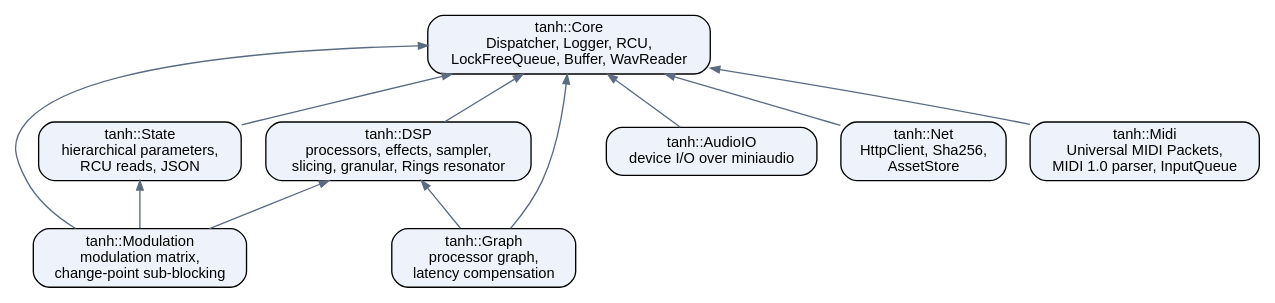
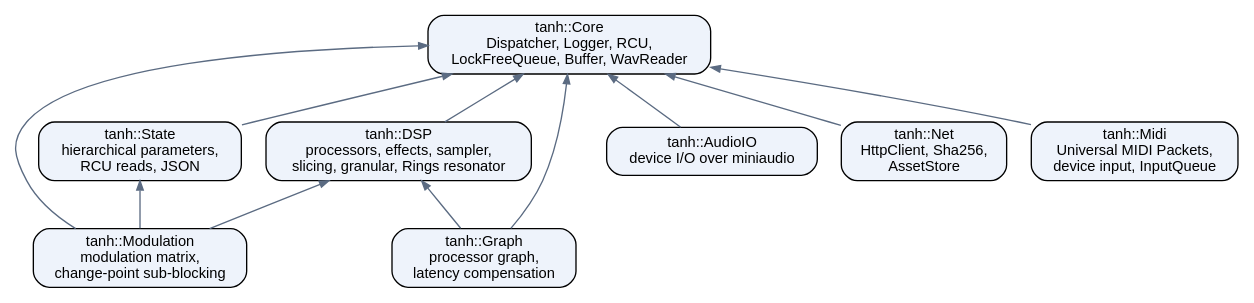
Before and after one commit to tanh-lab/tanh-lib: the diagram in docs/sphinx/components.rst, drawn with Graphviz. The commit also changed other lines of this file and 16 other files, not shown here.

Commit message:
Add DeviceManager with a CoreMIDI backend for macOS and iOS that lists and opens MIDI inputs, follows hot-plug through a run-loop thread of its own and delivers into the input queue

```diff
--- a/docs/sphinx/components.rst
+++ b/docs/sphinx/components.rst
@@ -13,28 +13,28 @@
 .. graphviz::
    :align: center
 
    digraph components {
        rankdir = BT;
        node [shape=box, style="rounded,filled", fillcolor="#eef3fb", fontname="Helvetica", fontsize=11];
        edge [color="#5b6b82", arrowsize=0.7];
 
        core       [label="tanh::Core\nDispatcher, Logger, RCU,\nLockFreeQueue, Buffer, WavReader"];
        state      [label="tanh::State\nhierarchical parameters,\nRCU reads, JSON"];
        dsp        [label="tanh::DSP\nprocessors, effects, sampler,\nslicing, granular, Rings resonator"];
        modulation [label="tanh::Modulation\nmodulation matrix,\nchange-point sub-blocking"];
        audio_io   [label="tanh::AudioIO\ndevice I/O over miniaudio"];
        net        [label="tanh::Net\nHttpClient, Sha256,\nAssetStore"];
        graph_node [label="tanh::Graph\nprocessor graph,\nlatency compensation"];
-       midi       [label="tanh::Midi\nUniversal MIDI Packets,\nMIDI 1.0 parser, InputQueue"];
+       midi       [label="tanh::Midi\nUniversal MIDI Packets,\ndevice input, InputQueue"];
 
        state -> core;
        dsp -> core;
        audio_io -> core;
        net -> core;
        midi -> core;
        graph_node -> core;
        graph_node -> dsp;
        modulation -> core;
        modulation -> state;
        modulation -> dsp;
    }
```
